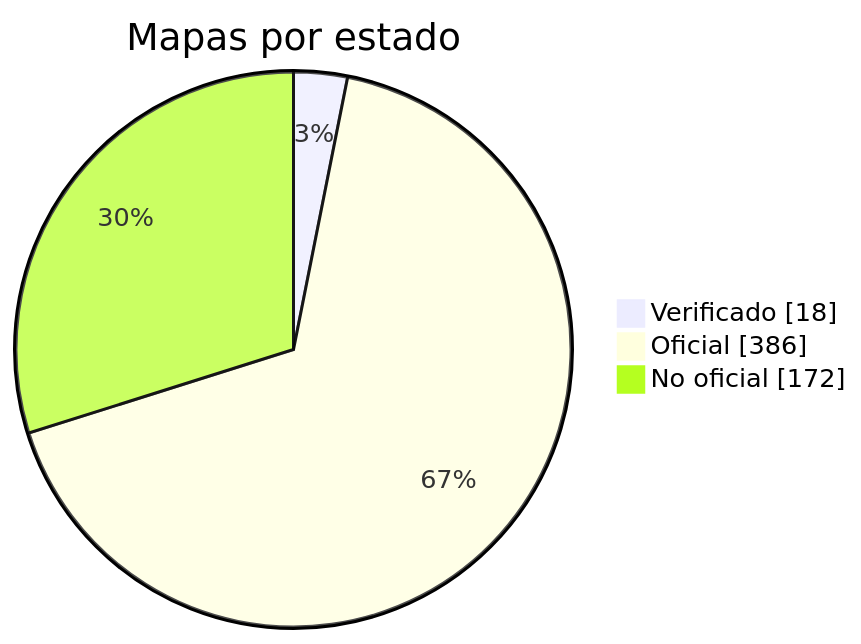
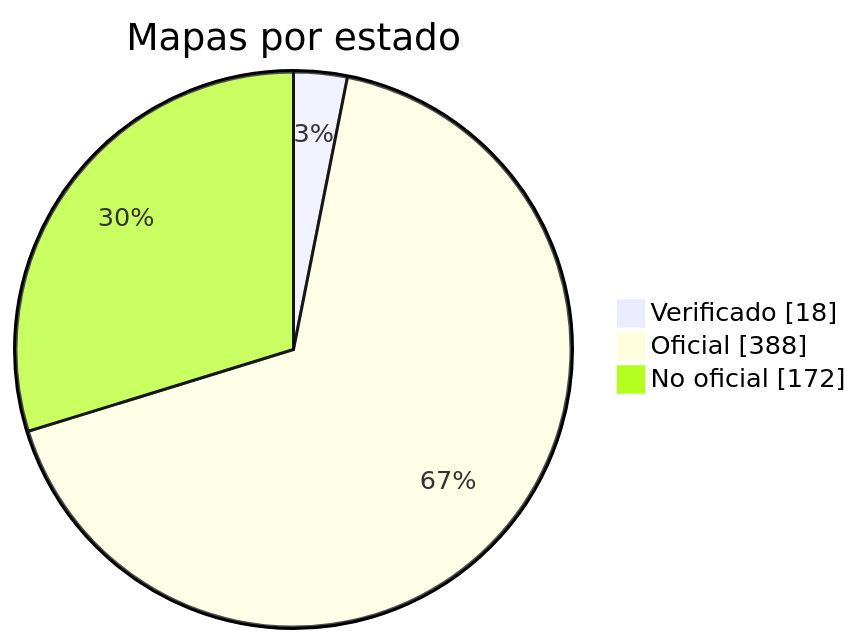
Before and after one commit to nobrega8/mbmap-library: the diagram in docs/readme/README_ES.md, drawn with Mermaid. The commit also changed 7 other files, not shown here.

````diff
--- a/docs/readme/README_ES.md
+++ b/docs/readme/README_ES.md
@@ -54,7 +54,7 @@
 ```mermaid
 pie showData
     title Mapas por estado
     "Verificado" : 18
-    "Oficial" : 386
+    "Oficial" : 388
     "No oficial" : 172
 ```
````
